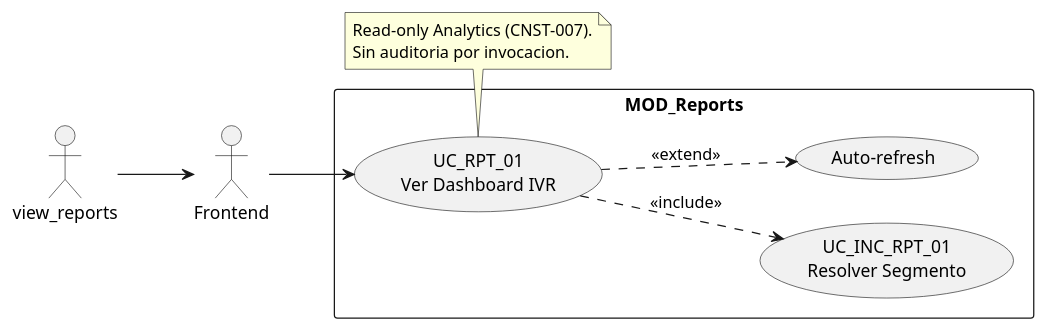
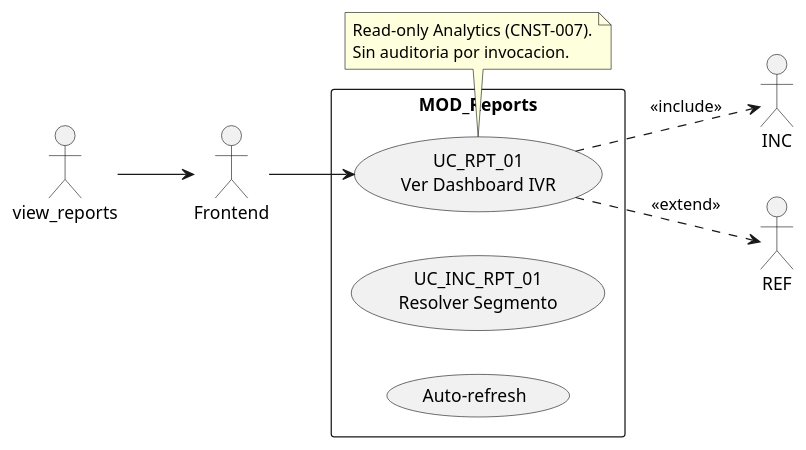
The diagram in source/requisitos/casos-uso/reports/uc-rpt-01/diagramas-uml/diagrama-de-caso-de-uso.rst (jcg-admin/IACT-docs), drawn with PlantUML before and after one commit. The commit also changed 47 other files, not shown here.

First line of the commit message:
Fix cryptic PlantUML aliases in UC and architecture files (STD_011)

```diff
--- a/source/requisitos/casos-uso/reports/uc-rpt-01/diagramas-uml/diagrama-de-caso-de-uso.rst
+++ b/source/requisitos/casos-uso/reports/uc-rpt-01/diagramas-uml/diagrama-de-caso-de-uso.rst
@@ -4,26 +4,26 @@
 .. uml::
  :caption: UC_RPT_01 — dashboard
 
  @startuml
  left to right direction
 
  actor "view_reports" as view_reports
  actor "Frontend" as Frontend
 
  rectangle "MOD_Reports" {
-   usecase "UC_INC_RPT_01\nResolver Segmento" as INC
+   usecase "UC_INC_RPT_01\nResolver Segmento" as IncludeUC
    usecase "UC_RPT_01\nVer Dashboard IVR" as UC01
-   usecase "Auto-refresh" as REF
+   usecase "Auto-refresh" as ReferenciaExterna
  }
 
  view_reports --> Frontend
  Frontend --> UC01
  UC01 ..> INC : <<include>>
  UC01 ..> REF : <<extend>>
 
  note bottom of UC01
    Read-only Analytics (CNST-007).
    Sin auditoria por invocacion.
  end note
 
  @enduml
```
